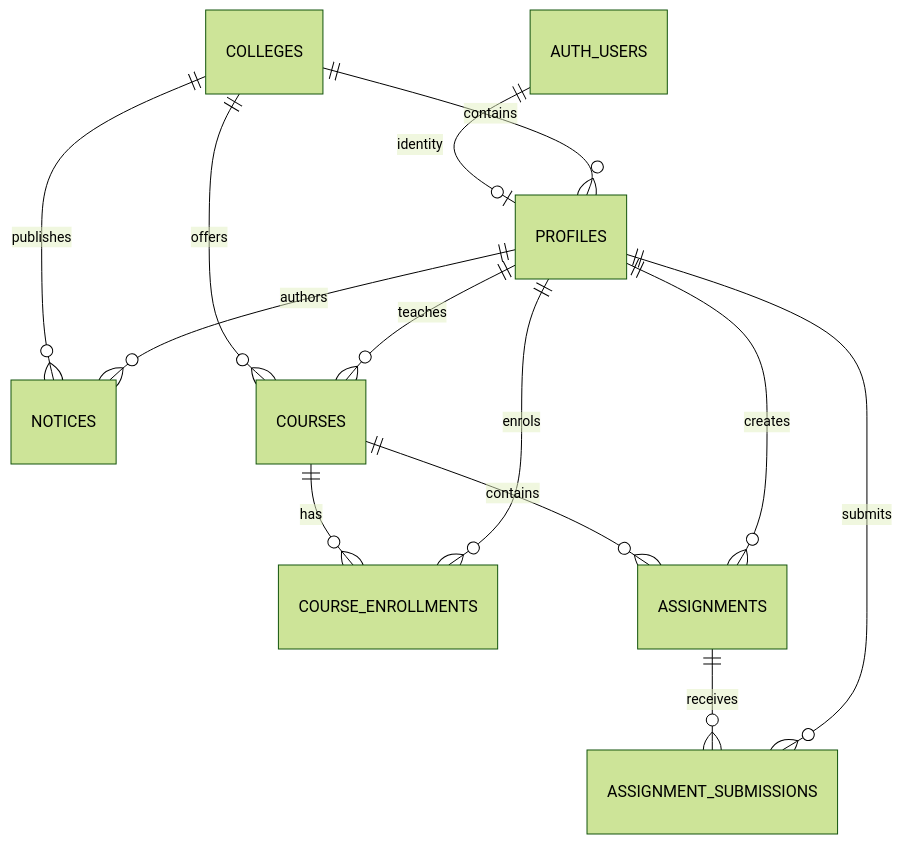
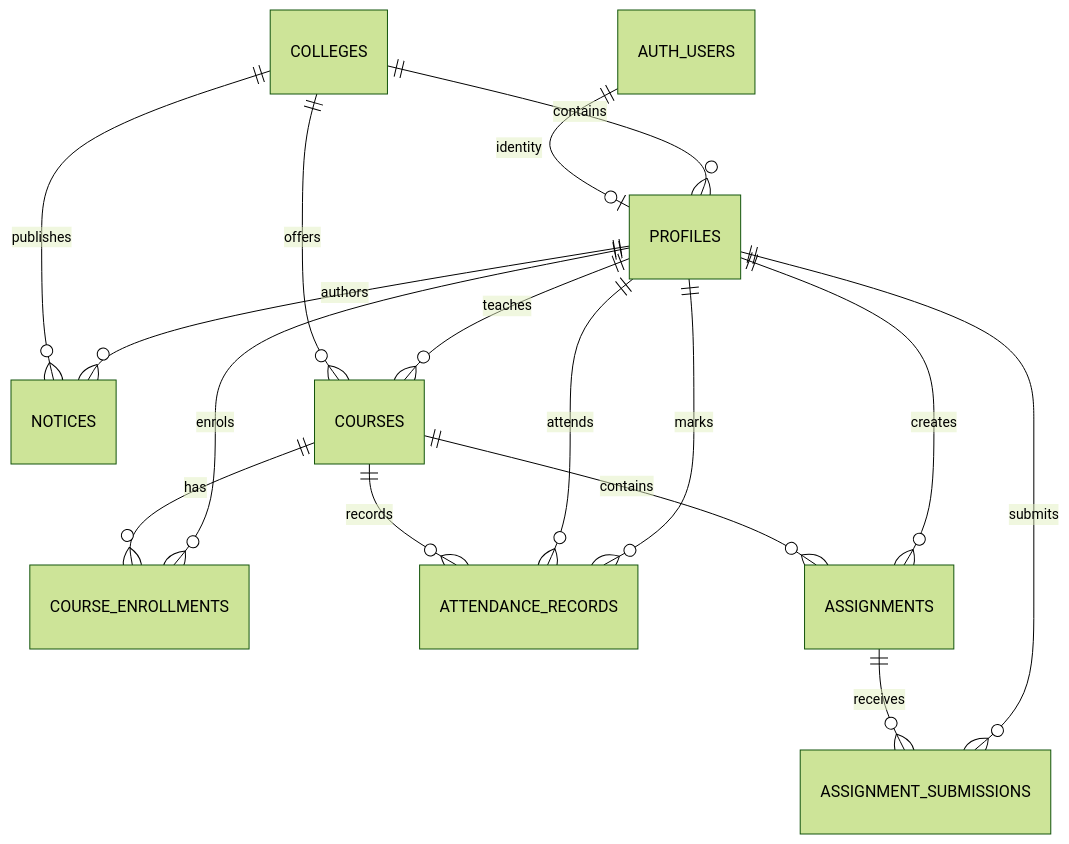
Before and after one commit to annms1876-glitch/full-stack-college-management-: the second of 4 diagrams in docs/architecture.md, drawn with Mermaid (forest theme). The commit also changed other lines of this file and 10 other files, not shown here.

````diff
--- a/docs/architecture.md
+++ b/docs/architecture.md
@@ -48,15 +48,18 @@
 ```mermaid
 erDiagram
   AUTH_USERS ||--o| PROFILES : identity
   COLLEGES ||--o{ PROFILES : contains
   COLLEGES ||--o{ NOTICES : publishes
   COLLEGES ||--o{ COURSES : offers
   PROFILES ||--o{ NOTICES : authors
   PROFILES ||--o{ COURSES : teaches
   COURSES ||--o{ COURSE_ENROLLMENTS : has
   PROFILES ||--o{ COURSE_ENROLLMENTS : enrols
+  COURSES ||--o{ ATTENDANCE_RECORDS : records
+  PROFILES ||--o{ ATTENDANCE_RECORDS : attends
+  PROFILES ||--o{ ATTENDANCE_RECORDS : marks
   COURSES ||--o{ ASSIGNMENTS : contains
   PROFILES ||--o{ ASSIGNMENTS : creates
   ASSIGNMENTS ||--o{ ASSIGNMENT_SUBMISSIONS : receives
   PROFILES ||--o{ ASSIGNMENT_SUBMISSIONS : submits
 ```
````
